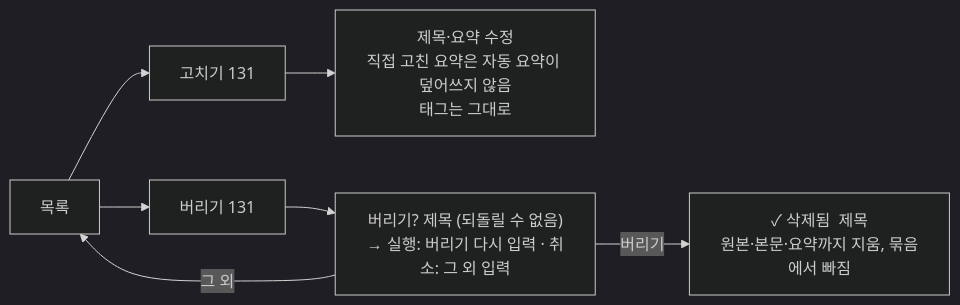
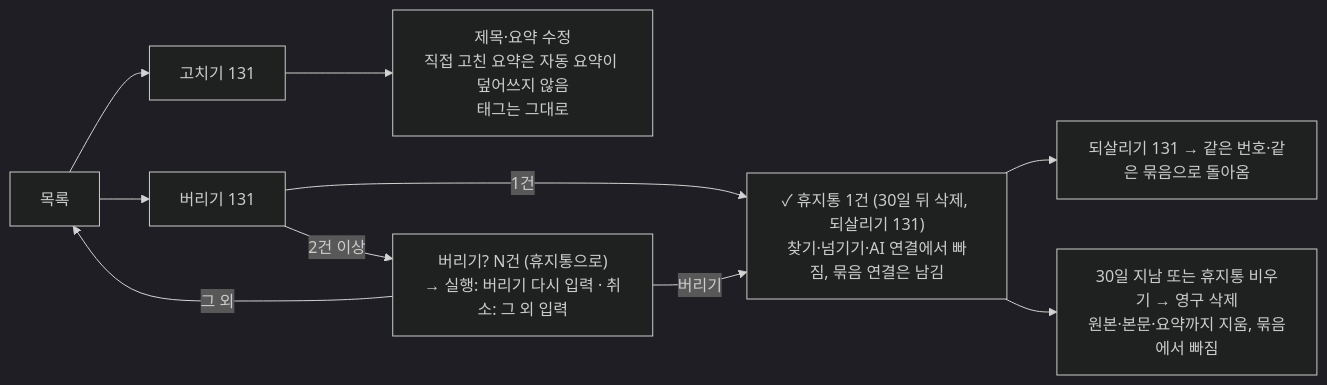
Before and after one commit to carti1108/grep: the eighth of 10 diagrams in docs/planning/user-flow.md, drawn with Mermaid (dark theme). The commit also changed other lines of this file and 15 other files, not shown here.

````diff
--- a/docs/planning/user-flow.md
+++ b/docs/planning/user-flow.md
@@ -247,9 +247,12 @@
 ```mermaid
 flowchart LR
     A["목록"] --> B["고치기 131"]
     B --> C["제목·요약 수정<br/>직접 고친 요약은 자동 요약이 덮어쓰지 않음<br/>태그는 그대로"]
     A --> D["버리기 131"]
-    D --> E["버리기? 제목 (되돌릴 수 없음)<br/>→ 실행: 버리기 다시 입력 · 취소: 그 외 입력"]
-    E -- "버리기" --> F["✓ 삭제됨  제목<br/>원본·본문·요약까지 지움, 묶음에서 빠짐"]
+    D -- "1건" --> F["✓ 휴지통 1건 (30일 뒤 삭제, 되살리기 131)<br/>찾기·넘기기·AI 연결에서 빠짐, 묶음 연결은 남김"]
+    D -- "2건 이상" --> E["버리기? N건 (휴지통으로)<br/>→ 실행: 버리기 다시 입력 · 취소: 그 외 입력"]
+    E -- "버리기" --> F
     E -- "그 외" --> A
+    F --> G["되살리기 131 → 같은 번호·같은 묶음으로 돌아옴"]
+    F --> H["30일 지남 또는 휴지통 비우기 → 영구 삭제<br/>원본·본문·요약까지 지움, 묶음에서 빠짐"]
 ```
````
